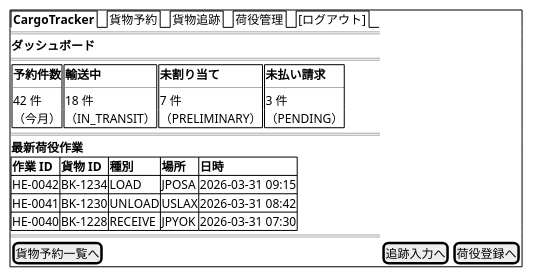
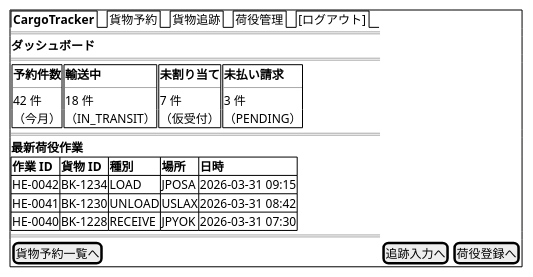
The fourth of 21 diagrams in docs/design/ui_design.md (k2works/case-study-cargo-tracker), drawn with PlantUML before and after one commit. The commit also changed other lines of this file and 17 other files, not shown here.

````diff
--- a/docs/design/ui_design.md
+++ b/docs/design/ui_design.md
@@ -406,46 +406,46 @@
 ```plantuml
 @startsalt
 {+
   {/ <b>CargoTracker</b> | 貨物予約 | 貨物追跡 | 荷役管理 | [ログアウト] }
   ==
   <b>ダッシュボード</b>
   ==
   {
     {+
       <b>予約件数</b>
       ----
       42 件
       （今月）
     } |
     {+
       <b>輸送中</b>
       ----
       18 件
       （IN_TRANSIT）
     } |
     {+
       <b>未割り当て</b>
       ----
       7 件
-      （PRELIMINARY）
+      （仮受付）
     } |
     {+
       <b>未払い請求</b>
       ----
       3 件
       （PENDING）
     }
   }
   ==
   <b>最新荷役作業</b>
   {#
     **作業 ID** | **貨物 ID** | **種別** | **場所** | **日時**
     HE-0042     | BK-1234     | LOAD     | JPOSA    | 2026-03-31 09:15
     HE-0041     | BK-1230     | UNLOAD   | USLAX    | 2026-03-31 08:42
     HE-0040     | BK-1228     | RECEIVE  | JPYOK    | 2026-03-31 07:30
   }
   ==
   [貨物予約一覧へ] | [追跡入力へ] | [荷役登録へ]
 }
 @endsalt
 ```
````
